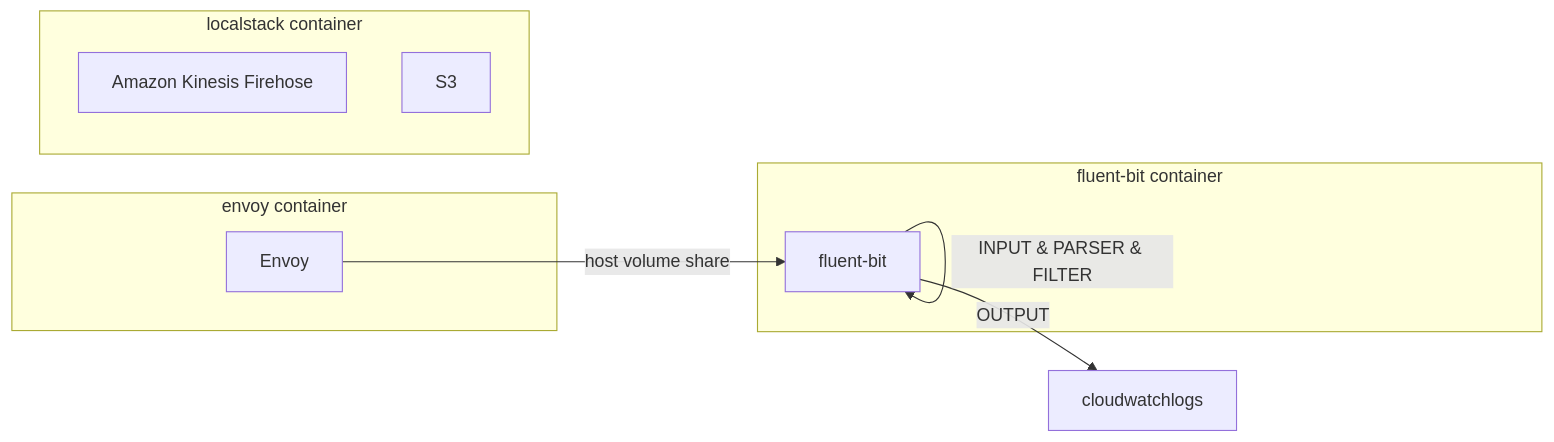
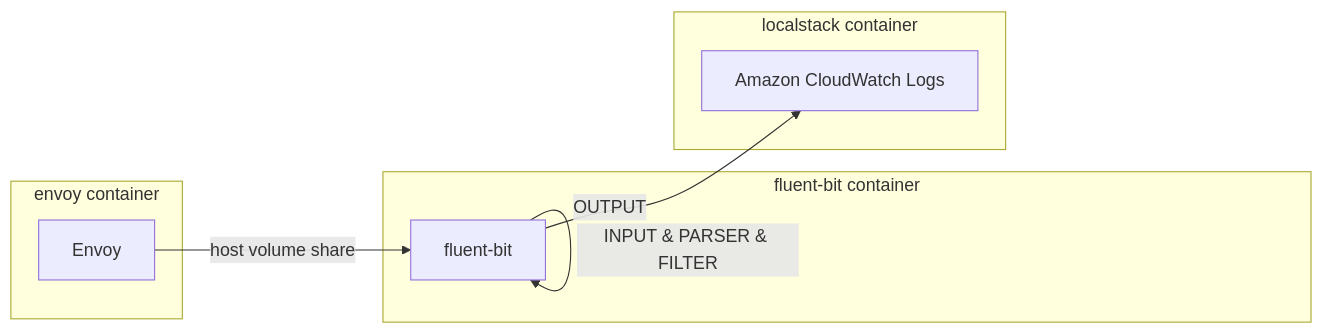
The diagram in fluentbit/envoy-cloudwatchlogs/README.md (guitarrapc/docker-lab), drawn with Mermaid before and after one commit.

````diff
--- a/fluentbit/envoy-cloudwatchlogs/README.md
+++ b/fluentbit/envoy-cloudwatchlogs/README.md
@@ -31,20 +31,19 @@
 ```mermaid
 flowchart LR
 
 subgraph envoy container
   envoy[Envoy]
 end
 
 subgraph fluent-bit container
   fluentbit["fluent-bit"]
 end
 
 subgraph localstack container
-  firehose["Amazon Kinesis Firehose"]
-  s3["S3"]
+  cloudwatchlogs["Amazon CloudWatch Logs"]
 end
 
 envoy --host volume share--> fluentbit
 fluentbit --INPUT & PARSER & FILTER--> fluentbit
 fluentbit --OUTPUT--> cloudwatchlogs
 ```
````
